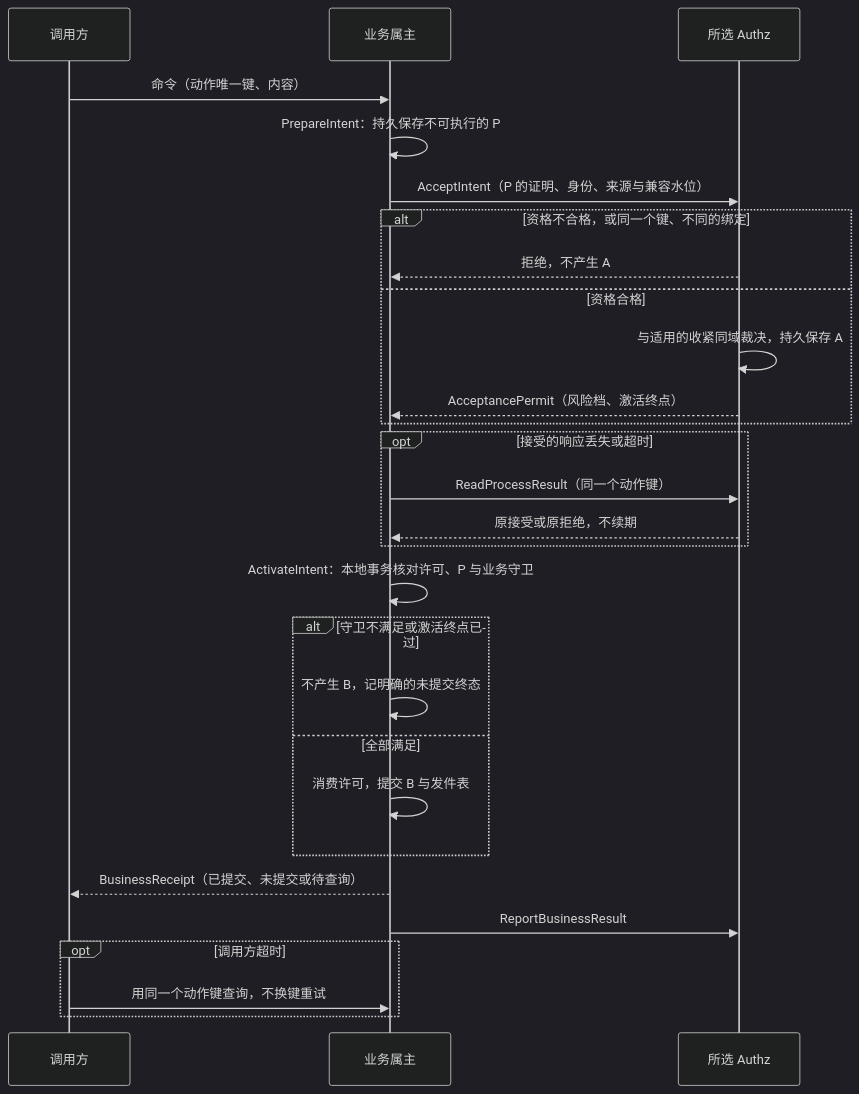
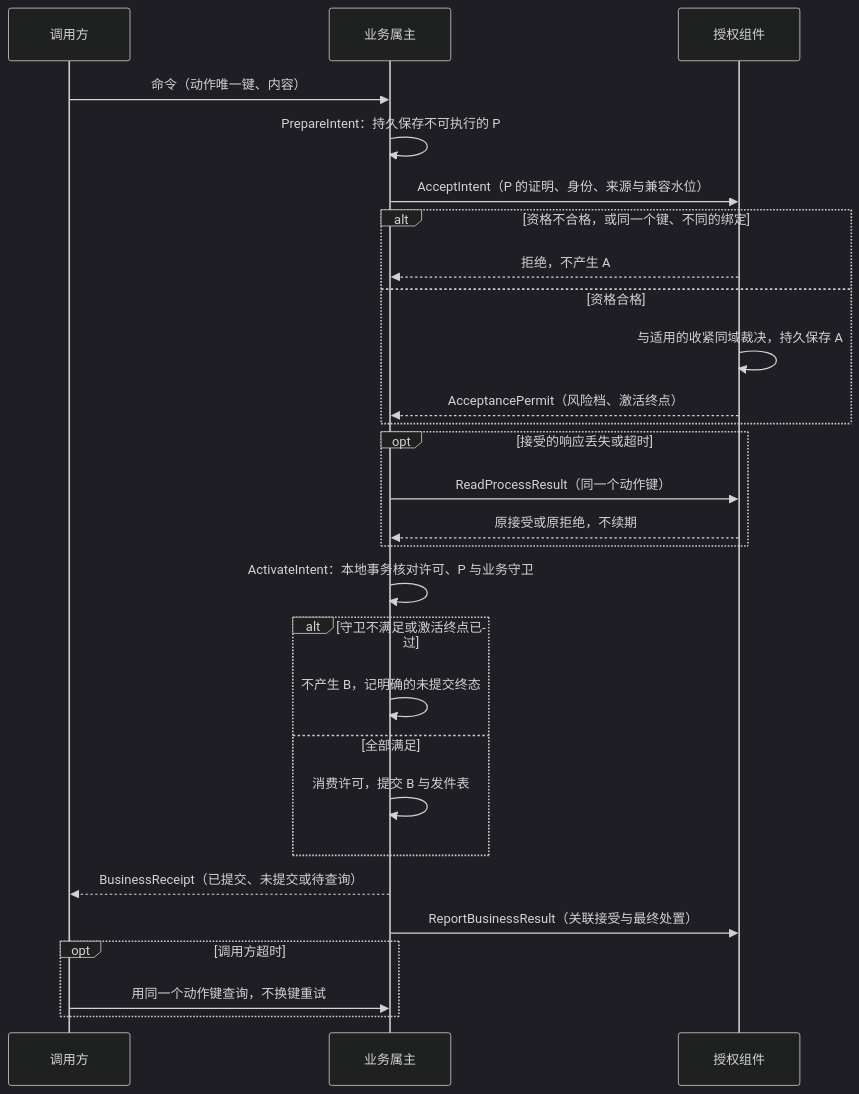
Before and after one commit to brickKit/be-assembly-standard: the first of 2 diagrams in tempDocs/final/06-protocols/security/06-security-contracts-and-capabilities.md, drawn with Mermaid (dark theme). The commit also changed other lines of this file and 12 other files, not shown here.

````diff
--- a/tempDocs/final/06-protocols/security/06-security-contracts-and-capabilities.md
+++ b/tempDocs/final/06-protocols/security/06-security-contracts-and-capabilities.md
@@ -139,30 +132,30 @@
 ```mermaid
 sequenceDiagram
     participant U as 调用方
     participant O as 业务属主
-    participant Z as 所选 Authz
+    participant Z as 授权组件
     U->>O: 命令（动作唯一键、内容）
     O->>O: PrepareIntent：持久保存不可执行的 P
     O->>Z: AcceptIntent（P 的证明、身份、来源与兼容水位）
     alt 资格不合格，或同一个键、不同的绑定
         Z-->>O: 拒绝，不产生 A
     else 资格合格
         Z->>Z: 与适用的收紧同域裁决，持久保存 A
         Z-->>O: AcceptancePermit（风险档、激活终点）
     end
     opt 接受的响应丢失或超时
         O->>Z: ReadProcessResult（同一个动作键）
         Z-->>O: 原接受或原拒绝，不续期
     end
     O->>O: ActivateIntent：本地事务核对许可、P 与业务守卫
     alt 守卫不满足或激活终点已过
         O->>O: 不产生 B，记明确的未提交终态
     else 全部满足
         O->>O: 消费许可，提交 B 与发件表
     end
     O-->>U: BusinessReceipt（已提交、未提交或待查询）
-    O->>Z: ReportBusinessResult
+    O->>Z: ReportBusinessResult（关联接受与最终处置）
     opt 调用方超时
         U->>O: 用同一个动作键查询，不换键重试
     end
 ```
````
